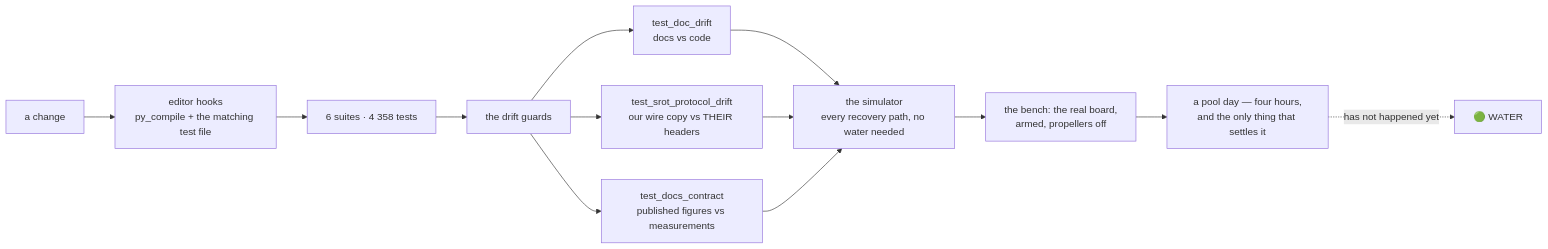
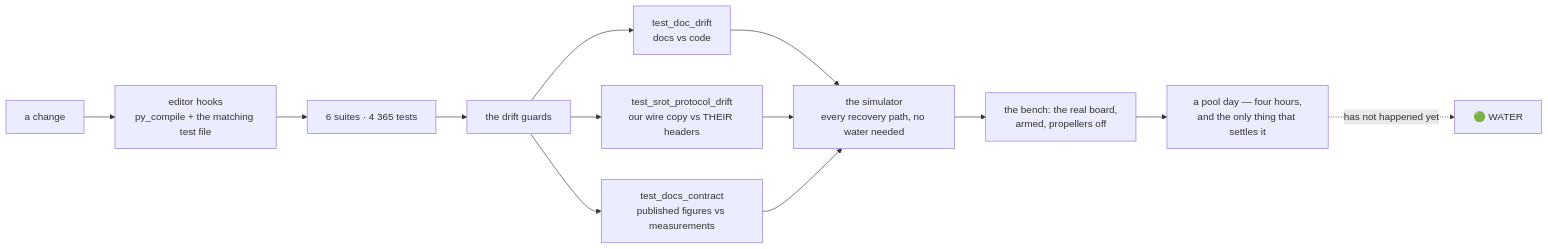
One commit to fh1m/mongla_ws changed the ninth of 10 diagrams in README.md. Above: the diagram before and after it, drawn with Mermaid. The commit also changed other lines of this file and 3 other files, not shown here.

````diff
--- a/README.md
+++ b/README.md
@@ -752,15 +752,15 @@
 ```mermaid
 flowchart LR
     DEV["a change"] --> HOOK["editor hooks<br/>py_compile + the matching test file"]
-    HOOK --> UNIT["6 suites · 4 358 tests"]
+    HOOK --> UNIT["6 suites · 4 365 tests"]
     UNIT --> GUARD["the drift guards"]
     GUARD --> G1["test_doc_drift<br/>docs vs code"]
     GUARD --> G2["test_srot_protocol_drift<br/>our wire copy vs THEIR headers"]
     GUARD --> G3["test_docs_contract<br/>published figures vs measurements"]
     G1 --> SIM["the simulator<br/>every recovery path, no water needed"]
     G2 --> SIM
     G3 --> SIM
     SIM --> BENCH["the bench: the real board,<br/>armed, propellers off"]
     BENCH --> POOL["a pool day — four hours,<br/>and the only thing that settles it"]
     POOL -.->|"has not happened yet"| WATER["🟢 WATER"]
 ```
````
